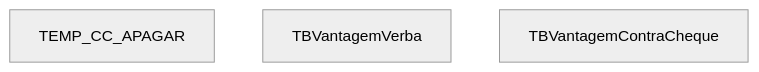
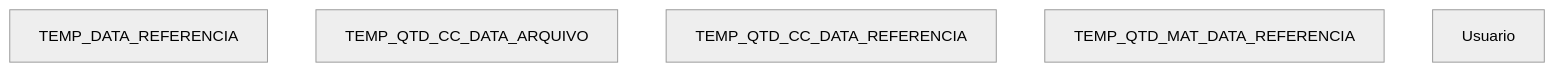
Diagram 15 of 15 in BDFolhaBA.md (PedroDeveloper/adsd), drawn with Mermaid before and after one commit. The commit also changed other lines of this file, not shown here.

````diff
--- a/BDFolhaBA.md
+++ b/BDFolhaBA.md
@@ -238,10 +277,14 @@
 ```mermaid
 graph TB
 %%{ init: { 'theme': 'neutral', 'flowchart': { 'useMaxWidth': false, 'curve': 'basis' }}}%%
-	TEMP_CC_APAGAR["TEMP_CC_APAGAR"]
+	TEMP_DATA_REFERENCIA["TEMP_DATA_REFERENCIA"]
 
-	TBVantagemVerba["TBVantagemVerba"]
+	TEMP_QTD_CC_DATA_ARQUIVO["TEMP_QTD_CC_DATA_ARQUIVO"]
 
-	TBVantagemContraCheque["TBVantagemContraCheque"]
+	TEMP_QTD_CC_DATA_REFERENCIA["TEMP_QTD_CC_DATA_REFERENCIA"]
+
+	TEMP_QTD_MAT_DATA_REFERENCIA["TEMP_QTD_MAT_DATA_REFERENCIA"]
+
+	Usuario["Usuario"]
 
 ```
````
